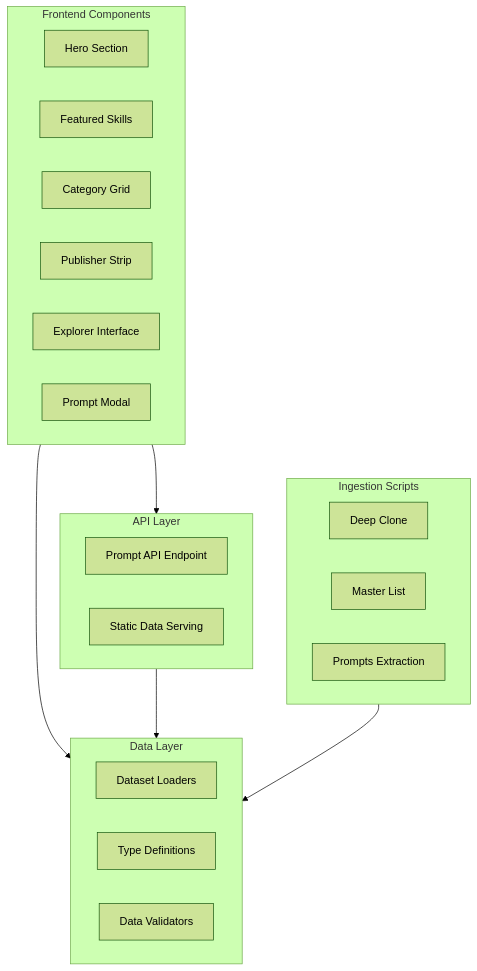
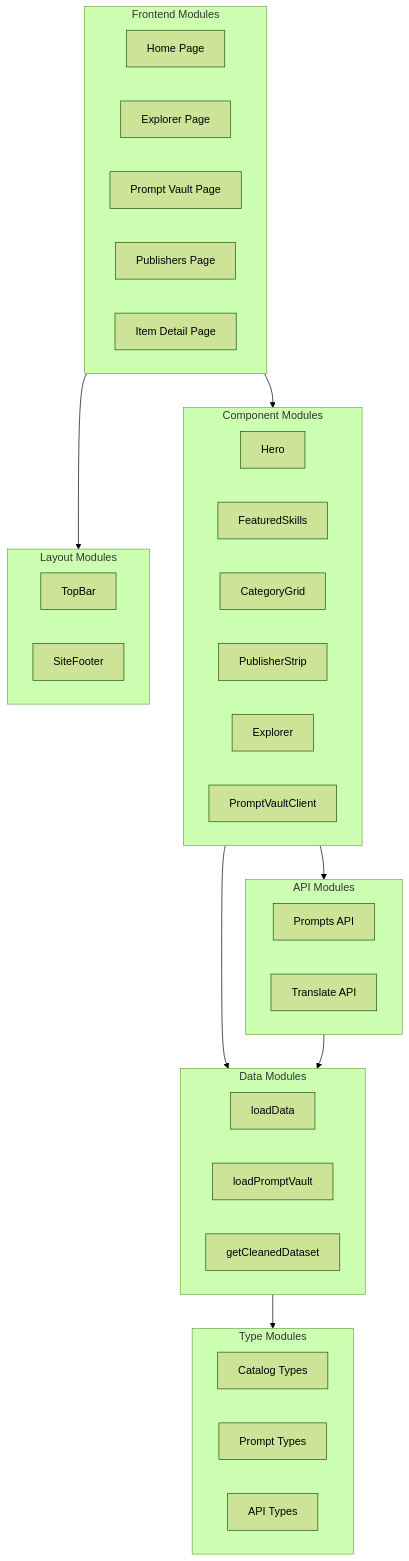
Before and after one commit to Xaelvoryx/Stimulate: the second of 6 diagrams in README.md, drawn with Mermaid (forest theme). The commit also changed other lines of this file, not shown here.

Commit message:
docs: generate comprehensive enterprise-grade README with architecture diagrams

````diff
--- a/README.md
+++ b/README.md
@@ -176,33 +455,48 @@
 ```mermaid
 flowchart TD
-    subgraph Frontend["Frontend Components"]
-        FE1[Hero Section]
-        FE2[Featured Skills]
-        FE3[Category Grid]
-        FE4[Publisher Strip]
-        FE5[Explorer Interface]
-        FE6[Prompt Modal]
+    subgraph Frontend["Frontend Modules"]
+        FE1[Home Page]
+        FE2[Explorer Page]
+        FE3[Prompt Vault Page]
+        FE4[Publishers Page]
+        FE5[Item Detail Page]
     end
-
-    subgraph DataLayer["Data Layer"]
-        DL1[Dataset Loaders]
-        DL2[Type Definitions]
-        DL3[Data Validators]
+    
+    subgraph Components["Component Modules"]
+        C1[Hero]
+        C2[FeaturedSkills]
+        C3[CategoryGrid]
+        C4[PublisherStrip]
+        C5[Explorer]
+        C6[PromptVaultClient]
     end
-
-    subgraph API["API Layer"]
-        API1[Prompt API Endpoint]
-        API2[Static Data Serving]
+    
+    subgraph Layout["Layout Modules"]
+        L1[TopBar]
+        L2[SiteFooter]
     end
-
-    subgraph Ingestion["Ingestion Scripts"]
-        ING1[Deep Clone]
-        ING2[Master List]
-        ING3[Prompts Extraction]
+    
+    subgraph API["API Modules"]
+        A1[Prompts API]
+        A2[Translate API]
     end
-
-    Frontend --> DataLayer
-    Frontend --> API
-    API --> DataLayer
-    Ingestion --> DataLayer
+    
+    subgraph Data["Data Modules"]
+        D1[loadData]
+        D2[loadPromptVault]
+        D3[getCleanedDataset]
+    end
+    
+    subgraph Types["Type Modules"]
+        T1[Catalog Types]
+        T2[Prompt Types]
+        T3[API Types]
+    end
+    
+    Frontend --> Components
+    Frontend --> Layout
+    Components --> API
+    Components --> Data
+    API --> Data
+    Data --> Types
 ```
````
